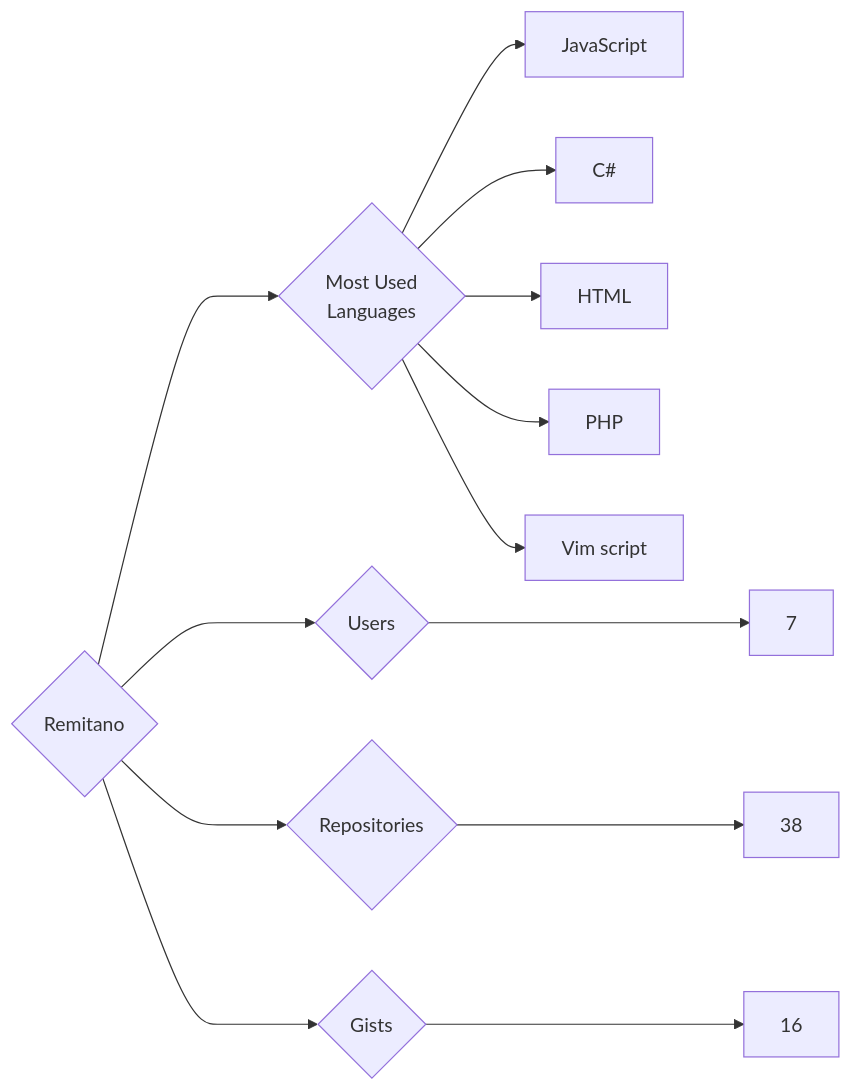
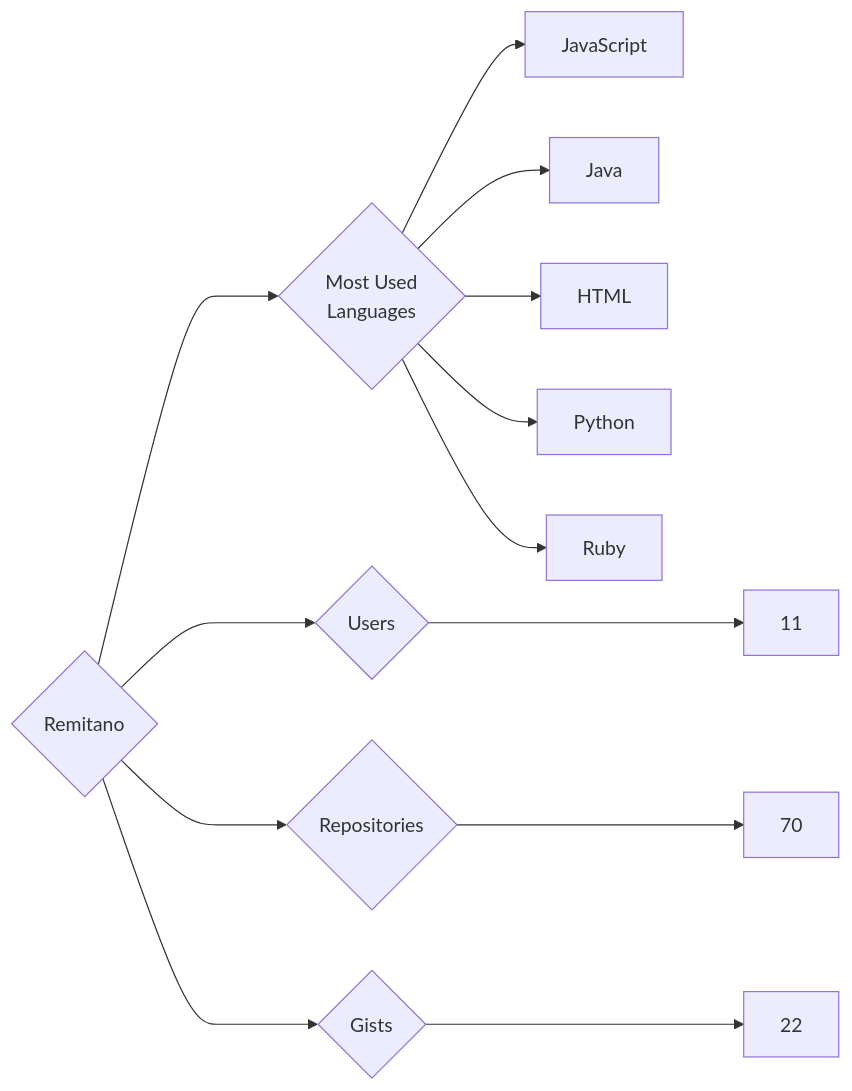
Before and after one commit to trickest/insiders: the diagram in targets/Remitano/README.md, drawn with Mermaid. The commit also changed 1011 other files, not shown here.

````diff
--- a/targets/Remitano/README.md
+++ b/targets/Remitano/README.md
@@ -3,13 +3,13 @@
 ```mermaid
 graph LR
 COMPANY_NAME{Remitano}
-COMPANY_NAME ---> U{Users} ---> UN[7]
-COMPANY_NAME ---> R{Repositories} ---> RN[38]
-COMPANY_NAME ---> G{Gists} ---> GN[16]
+COMPANY_NAME ---> U{Users} ---> UN[11]
+COMPANY_NAME ---> R{Repositories} ---> RN[70]
+COMPANY_NAME ---> G{Gists} ---> GN[22]
 COMPANY_NAME ---> ML{Most Used<br>Languages}
 ML --> JavaScript[JavaScript]
-ML --> C#[C#]
+ML --> Java[Java]
 ML --> HTML[HTML]
-ML --> PHP[PHP]
-ML --> Vim_script[Vim script]
+ML --> Python[Python]
+ML --> Ruby[Ruby]
 ```
````
